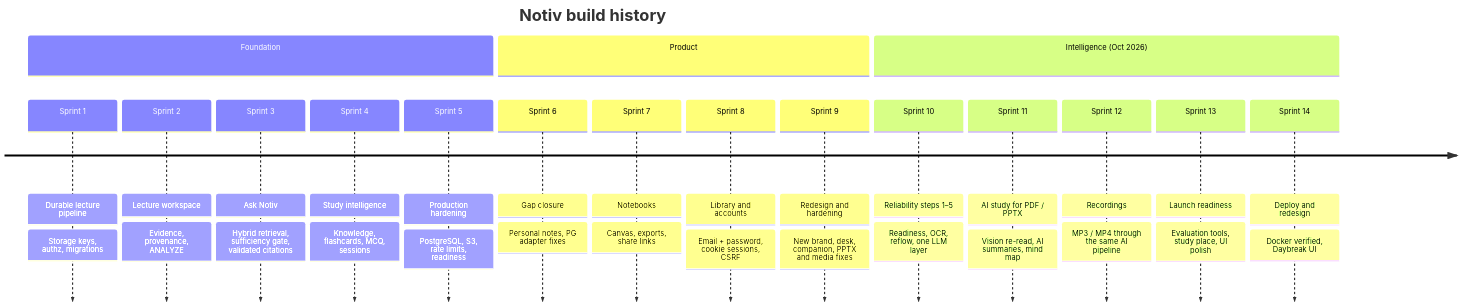
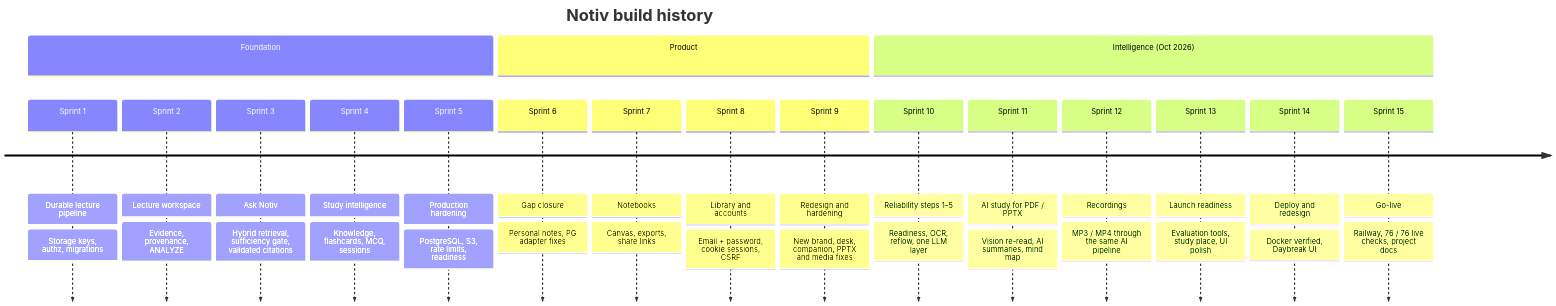
One commit to shreyajoshi144/notiv changed the diagram in docs/SPRINTS.md. Above: the diagram before and after it, drawn with Mermaid. The commit also changed other lines of this file and 23 other files, not shown here.

First line of the commit message:
docs: project management set and go-live records

````diff
--- a/docs/SPRINTS.md
+++ b/docs/SPRINTS.md
@@ -7,21 +7,22 @@
 ```mermaid
 timeline
     title Notiv build history
     section Foundation
         Sprint 1 : Durable lecture pipeline : Storage keys, authz, migrations
         Sprint 2 : Lecture workspace : Evidence, provenance, ANALYZE
         Sprint 3 : Ask Notiv : Hybrid retrieval, sufficiency gate, validated citations
         Sprint 4 : Study intelligence : Knowledge, flashcards, MCQ, sessions
         Sprint 5 : Production hardening : PostgreSQL, S3, rate limits, readiness
     section Product
         Sprint 6 : Gap closure : Personal notes, PG adapter fixes
         Sprint 7 : Notebooks : Canvas, exports, share links
         Sprint 8 : Library and accounts : Email + password, cookie sessions, CSRF
         Sprint 9 : Redesign and hardening : New brand, desk, companion, PPTX and media fixes
     section Intelligence (Oct 2026)
         Sprint 10 : Reliability steps 1–5 : Readiness, OCR, reflow, one LLM layer
         Sprint 11 : AI study for PDF / PPTX : Vision re-read, AI summaries, mind map
         Sprint 12 : Recordings : MP3 / MP4 through the same AI pipeline
         Sprint 13 : Launch readiness : Evaluation tools, study place, UI polish
         Sprint 14 : Deploy and redesign : Docker verified, Daybreak UI
+        Sprint 15 : Go-live : Railway, 76 / 76 live checks, project docs
 ```
````
